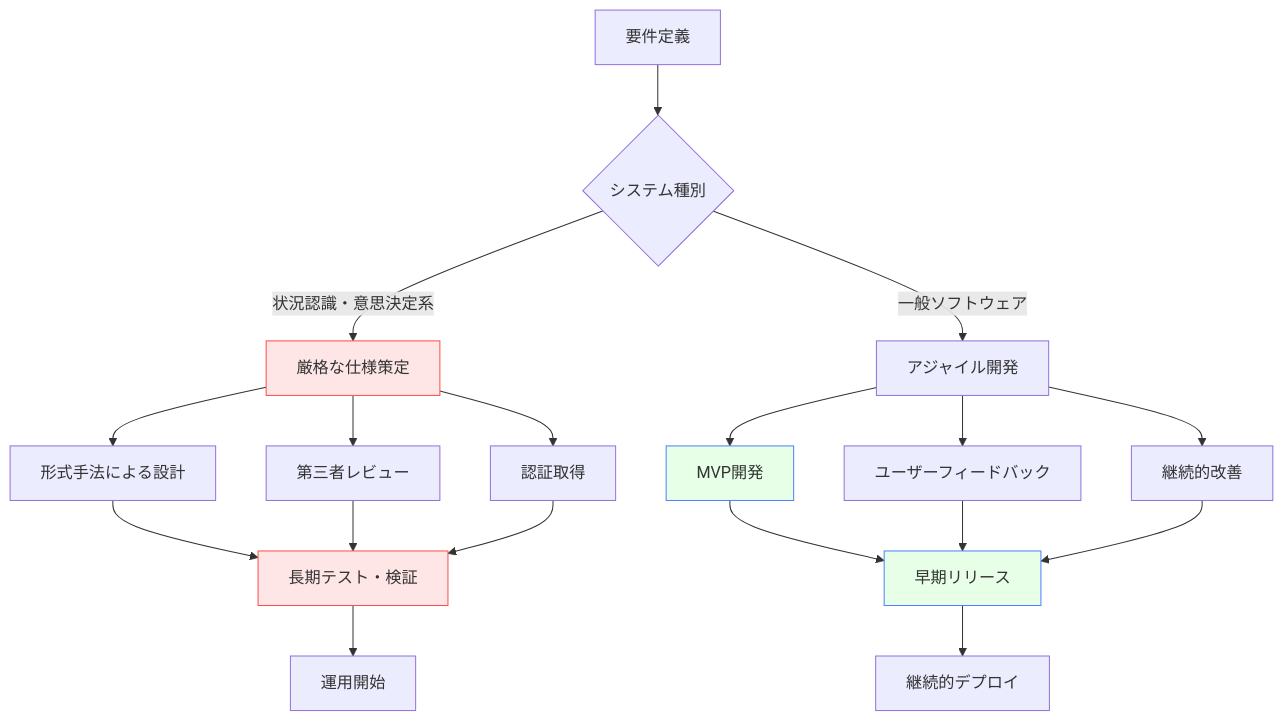
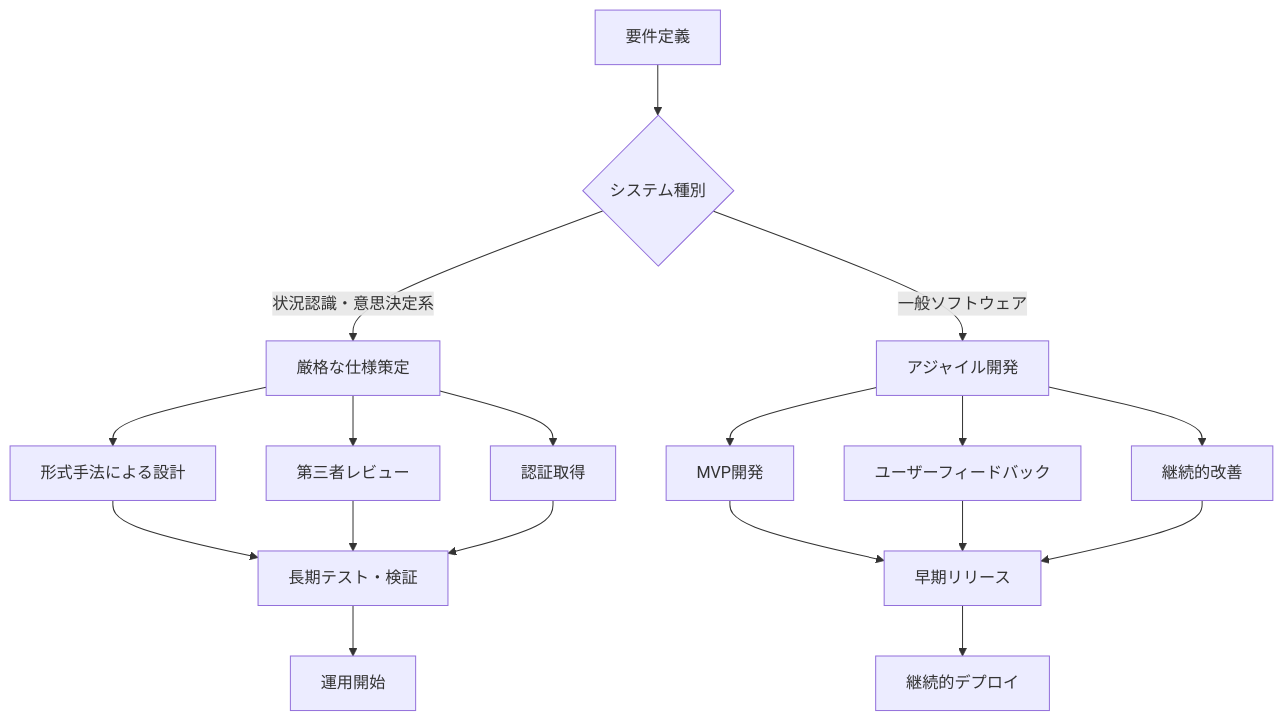
Before and after one commit to shuji-bonji/Situational-Awareness-and-Decision-Making: the second of 2 diagrams in docs/software/sa-dm-vs-general-software.md, drawn with Mermaid. The commit also changed other lines of this file and 49 other files, not shown here.

Commit message:
fix: ダークモードで見づらい図の色の変更

````diff
--- a/docs/software/sa-dm-vs-general-software.md
+++ b/docs/software/sa-dm-vs-general-software.md
@@ -195,30 +195,30 @@
 ```mermaid
 graph TD
     A[要件定義] --> B{システム種別}
     
     B -->|状況認識・意思決定系| C[厳格な仕様策定]
     B -->|一般ソフトウェア| D[アジャイル開発]
     
     C --> E[形式手法による設計]
     C --> F[第三者レビュー]
     C --> G[認証取得]
     
     D --> H[MVP開発]
     D --> I[ユーザーフィードバック]
     D --> J[継続的改善]
     
     E --> K[長期テスト・検証]
     F --> K
     G --> K
     K --> L[運用開始]
     
     H --> M[早期リリース]
     I --> M
     J --> M
     M --> N[継続的デプロイ]
     
-    style C fill:#ffe6e6,stroke:#ff4d4d
-    style K fill:#ffe6e6,stroke:#ff4d4d
-    style H fill:#e6ffe6,stroke:#4d7fff
-    style M fill:#e6ffe6,stroke:#4d7fff
+
+
+
+
 ```
````
